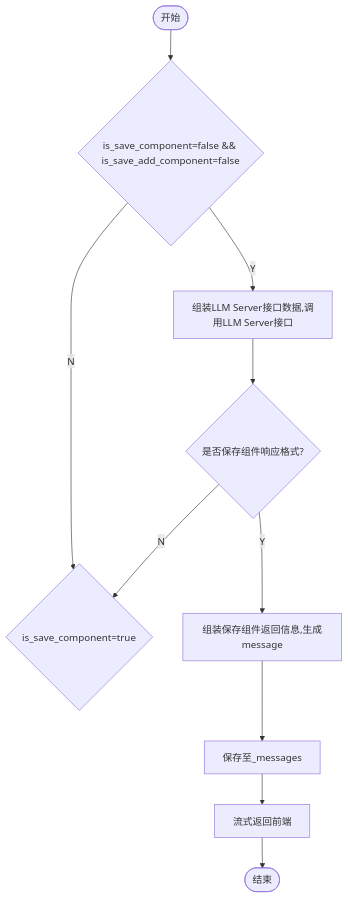
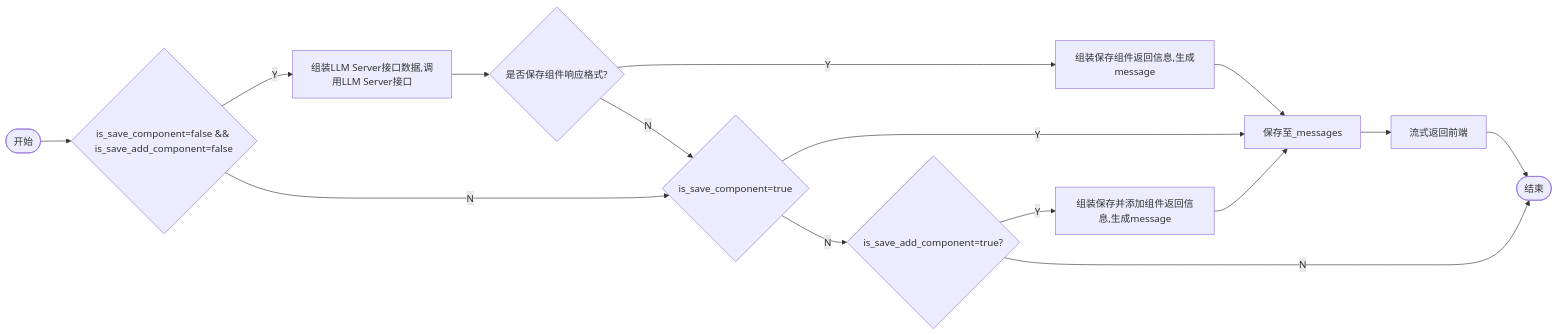
The diagram in all/未命名-7.md (yingjianzh/iodraw-files), drawn with Mermaid before and after one commit.

Commit message:
2024-10-12 14:00:24 update

````diff
--- a/all/未命名-7.md
+++ b/all/未命名-7.md
@@ -1,14 +1,18 @@
 ```mermaid
-flowchart TD
+flowchart LR
     A([开始]) --> B{is_save_component=false && is_save_add_component=false}
     B -- Y --> C[组装LLM Server接口数据,调用LLM Server接口]
     B -- N --> D{is_save_component=true}
     C --> E{是否保存组件响应格式?}
     E -- Y --> F[组装保存组件返回信息,生成message]
     E -- N --> D
     F --> G[保存至_messages]
     G --> H[流式返回前端]
     H --> I([结束])
-    
+    D -- Y --> G
+    D -- N --> J{is_save_add_component=true?}
+    J -- Y --> K[组装保存并添加组件返回信息,生成message]
+    K --> G
+    J -- N --> I
 
 ```
````
